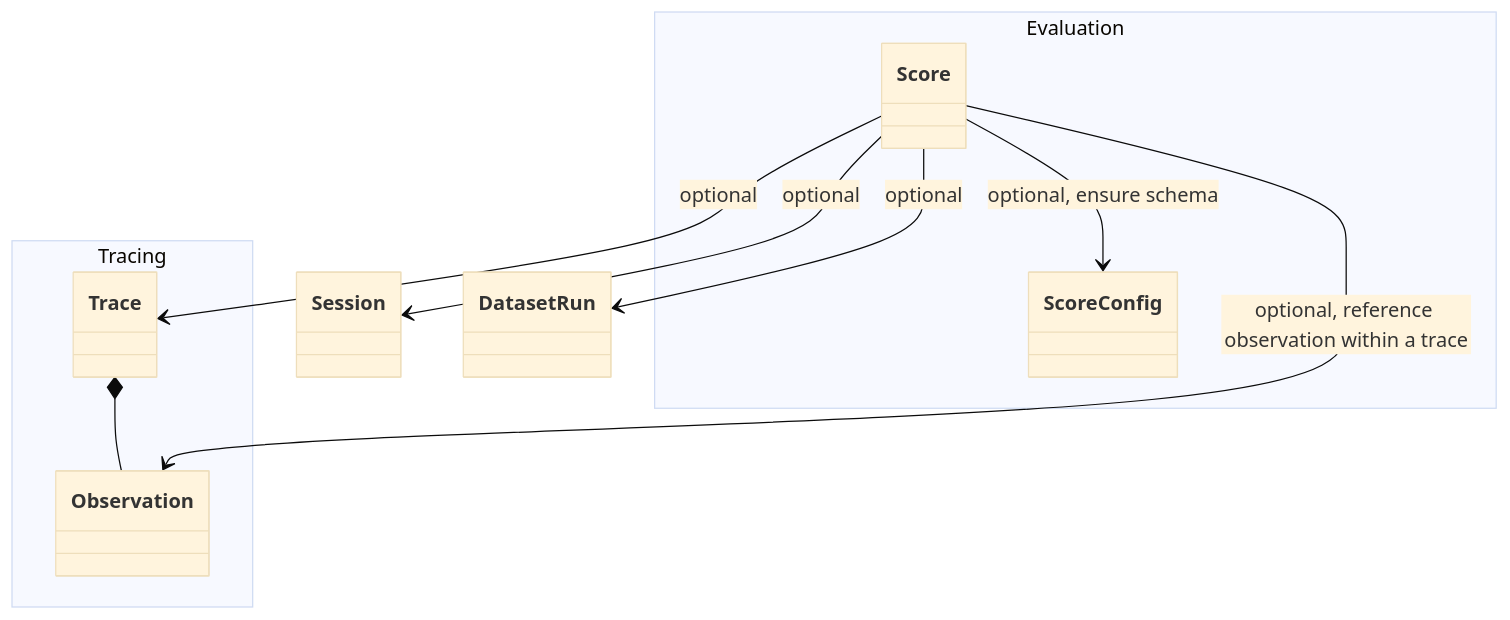
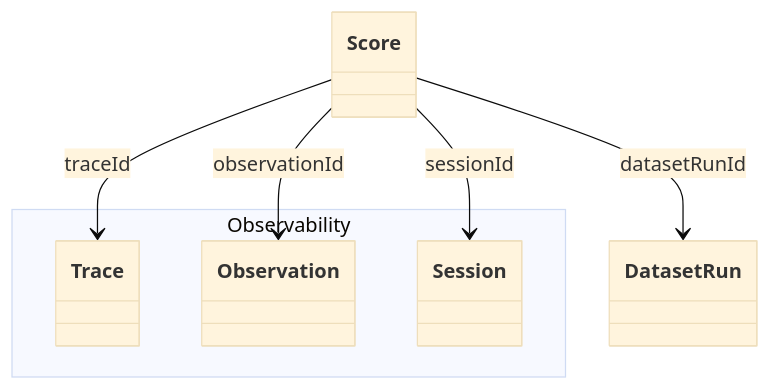
Before and after one commit to langfuse/langfuse-docs: the first of 2 diagrams in pages/docs/evaluation/evaluation-methods/data-model.mdx, drawn with Mermaid (base theme). The commit also changed other lines of this file and 3 other files, not shown here.

````diff
--- a/pages/docs/evaluation/evaluation-methods/data-model.mdx
+++ b/pages/docs/evaluation/evaluation-methods/data-model.mdx
@@ -39,19 +21,12 @@
 ```mermaid
 classDiagram
-  namespace Evaluation {
-    class Score
-    class ScoreConfig
-  }
-
-  namespace Tracing {
+  namespace Observability {
     class Trace
     class Observation
+    class Session
   }
-
-  Trace *-- Observation
-  Score --> Session : optional
-  Score --> DatasetRun : optional
-  Score --> Trace : optional
-  Score --> Observation : optional, reference observation within a trace
-  Score --> ScoreConfig : optional, ensure schema
+  Score --> Session: sessionId
+  Score --> DatasetRun: datasetRunId
+  Score --> Trace: traceId
+  Score --> Observation: observationId
 ```
````
